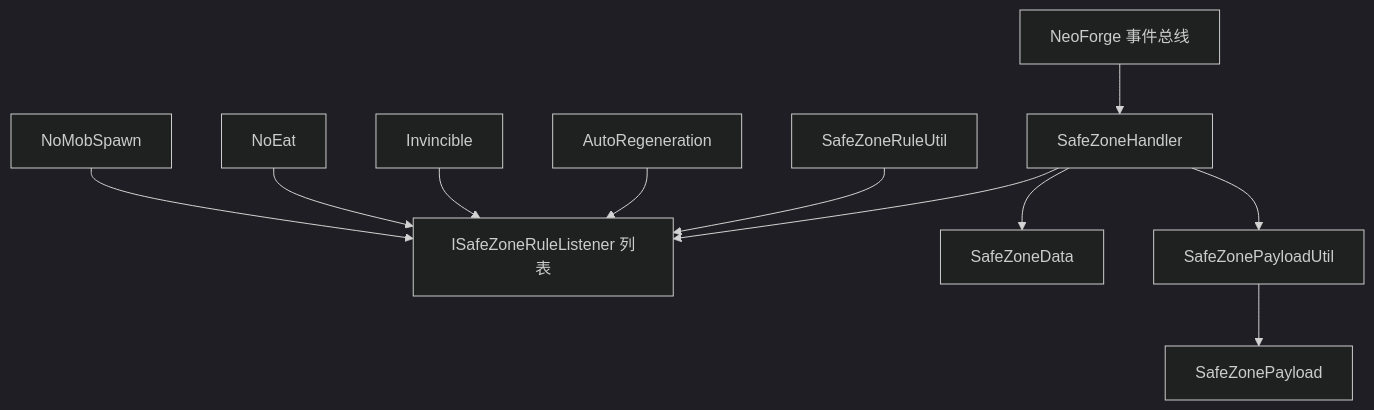
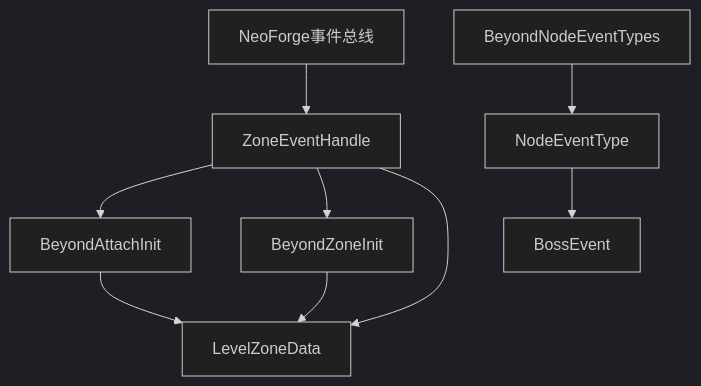
The second of 4 diagrams in .qoder/repowiki/zh/content/模块架构/Beyond安全区模块/事件处理系统.md (Ver-shift/SubModulesGeneHunter), drawn with Mermaid (dark theme) before and after one commit. The commit also changed other lines of this file and 42 other files, not shown here.

````diff
--- a/.qoder/repowiki/zh/content/模块架构/Beyond安全区模块/事件处理系统.md
+++ b/.qoder/repowiki/zh/content/模块架构/Beyond安全区模块/事件处理系统.md
@@ -113,24 +103,19 @@
 ```mermaid
 graph TB
-NF["NeoForge 事件总线"]
-SH["SafeZoneHandler"]
-SRU["SafeZoneRuleUtil"]
-ISR["ISafeZoneRuleListener 列表"]
-SZD["SafeZoneData"]
-SZPU["SafeZonePayloadUtil"]
-SZP["SafeZonePayload"]
-R1["AutoRegeneration"]
-R2["Invincible"]
-R3["NoEat"]
-R4["NoMobSpawn"]
-NF --> SH
-SH --> SZD
-SH --> ISR
-SH --> SZPU
-SZPU --> SZP
-SRU --> ISR
-R1 --> ISR
-R2 --> ISR
-R3 --> ISR
-R4 --> ISR
+NF["NeoForge事件总线"]
+ZEH["ZoneEventHandle"]
+BAI["BeyondAttachInit"]
+BZI["BeyondZoneInit"]
+LED["LevelZoneData"]
+BNE["BeyondNodeEventTypes"]
+NET["NodeEventType"]
+BE["BossEvent"]
+NF --> ZEH
+ZEH --> BAI
+ZEH --> BZI
+ZEH --> LED
+BAI --> LED
+BZI --> LED
+BNE --> NET
+NET --> BE
 ```
````
